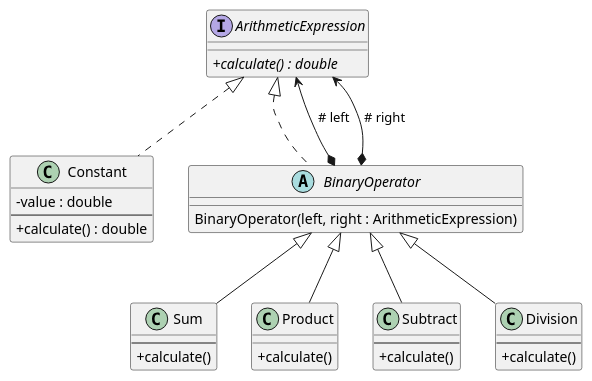
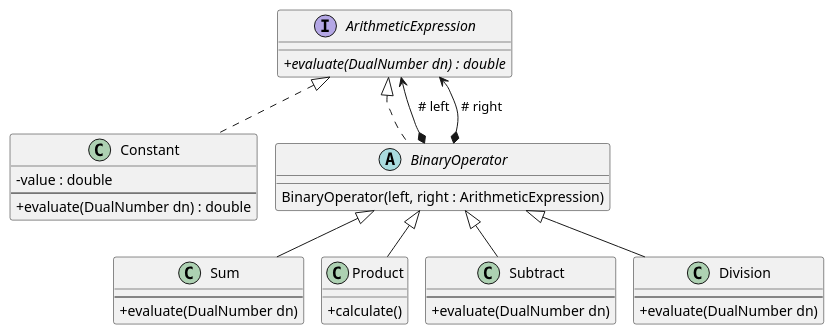
The diagram in expresions_aritmetiques/src/Function/arithmeticExpressions_examen.puml (NIU1707994/DS), drawn with PlantUML before and after one commit.

Commit message:
PlantUML first changes

```diff
--- a/expresions_aritmetiques/src/Function/arithmeticExpressions_examen.puml
+++ b/expresions_aritmetiques/src/Function/arithmeticExpressions_examen.puml
@@ -1,64 +1,58 @@
 @startuml
-
+!pragma layout smetana
 
 skinparam classAttributeIconSize 0
 'skinparam linetype ortho
 
 interface ArithmeticExpression {
-+ {abstract} calculate() : double
++ {abstract} evaluate(DualNumber dn) : double
 }
 
 class Constant implements ArithmeticExpression {
 - value : double
 --
-+ calculate() : double
++ evaluate(DualNumber dn) : double
 }
 
 ' note left of Constant
 ' return value
 ' end note
 
 abstract BinaryOperator implements ArithmeticExpression {
 BinaryOperator(left, right : ArithmeticExpression)
 }
 
 BinaryOperator *--> ArithmeticExpression : " # left"
 BinaryOperator *--> ArithmeticExpression : " # right"
 
 ' note left of BinaryOperator
 ' left = leftOperand
 ' right = rightOperand
 ' end note
 
 class Sum extends BinaryOperator {
 --
-+ calculate()
++ evaluate(DualNumber dn)
 }
-
-' note bottom of Sum
-' return left.calculate()
-'        + right.calculate()
-' end note
-
 class Product extends BinaryOperator {
 + calculate()
 }
 
 ' note bottom of Product
 ' return left.calculate() *
 '     right.calculate()
 ' end note
 
 class Subtract extends BinaryOperator {
 --
-+ calculate()
++ evaluate(DualNumber dn)
 }
 
 
 class Division extends BinaryOperator {
 --
-+ calculate()
++ evaluate(DualNumber dn)
 }
 
 
 @enduml
```
